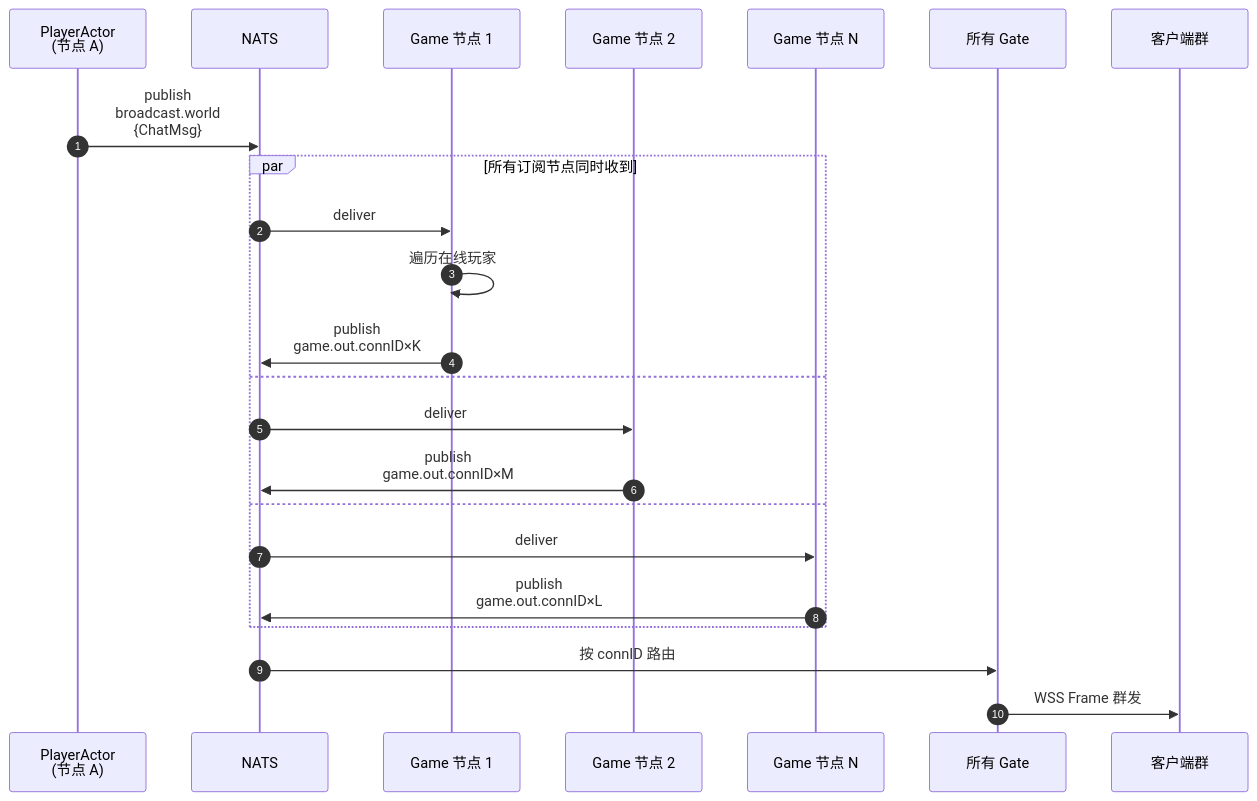
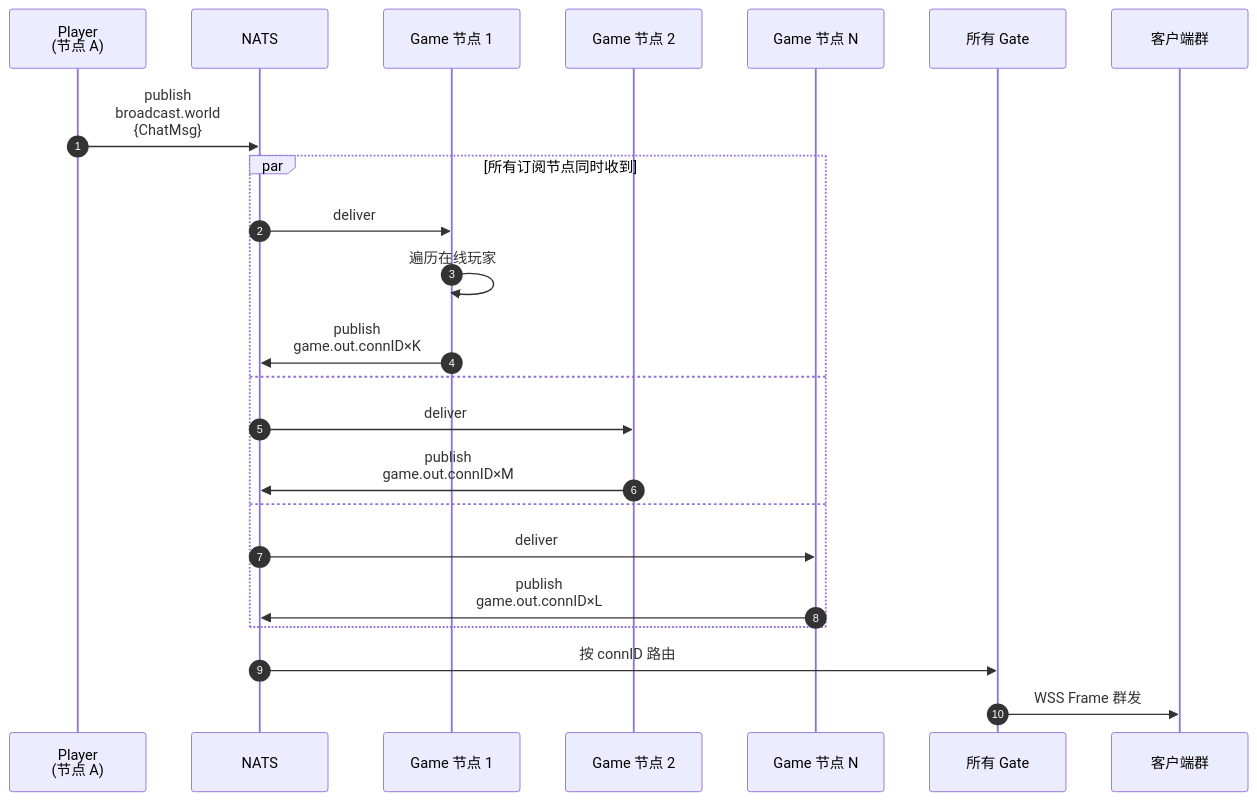
Before and after one commit to gogu-x/gogs: the third of 5 diagrams in docs/TARGET_ARCHITECTURE.md, drawn with Mermaid. The commit also changed other lines of this file and 46 other files, not shown here.

````diff
--- a/docs/TARGET_ARCHITECTURE.md
+++ b/docs/TARGET_ARCHITECTURE.md
@@ -172,28 +172,28 @@
 ```mermaid
 sequenceDiagram
     autonumber
-    participant PA as PlayerActor<br/>(节点 A)
+    participant PA as Player<br/>(节点 A)
     participant NATS as NATS
     participant N1 as Game 节点 1
     participant N2 as Game 节点 2
     participant NN as Game 节点 N
     participant GW as 所有 Gate
     participant CALL as 客户端群
 
     PA->>NATS: publish<br/>broadcast.world<br/>{ChatMsg}
 
     par 所有订阅节点同时收到
         NATS->>N1: deliver
         N1->>N1: 遍历在线玩家
         N1->>NATS: publish<br/>game.out.connID×K
     and
         NATS->>N2: deliver
         N2->>NATS: publish<br/>game.out.connID×M
     and
         NATS->>NN: deliver
         NN->>NATS: publish<br/>game.out.connID×L
     end
 
     NATS->>GW: 按 connID 路由
     GW->>CALL: WSS Frame 群发
 ```
````
